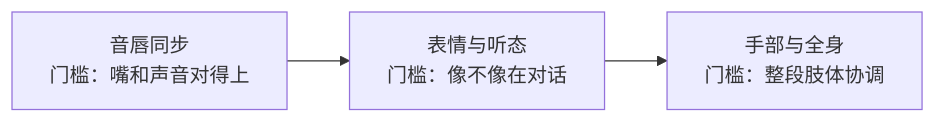
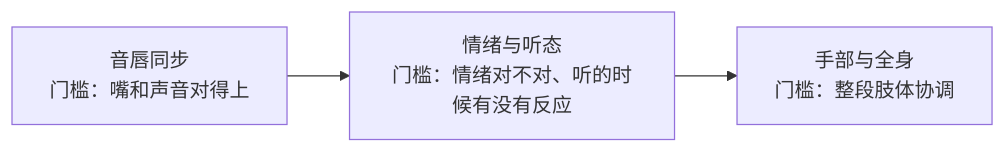
One commit to gongshangzheng/digital-human changed the first of 3 diagrams in management/docs/实习复盘/数字人动作.md. Above: the diagram before and after it, drawn with Mermaid. The commit also changed other lines of this file and 2 other files, not shown here.

Commit message:
docs(motion): 《表情与听态》重写为《情绪与听态》——以情绪为轴（音频不决定情绪、三类信号来源、情绪指标与数据集、听态口径缺口）

````diff
--- a/management/docs/实习复盘/数字人动作.md
+++ b/management/docs/实习复盘/数字人动作.md
@@ -18,4 +18,4 @@
 ```mermaid
 flowchart LR
-    L1["音唇同步<br/>门槛：嘴和声音对得上"] --> L2["表情与听态<br/>门槛：像不像在对话"] --> L3["手部与全身<br/>门槛：整段肢体协调"]
+    L1["音唇同步<br/>门槛：嘴和声音对得上"] --> L2["情绪与听态<br/>门槛：情绪对不对、听的时候有没有反应"] --> L3["手部与全身<br/>门槛：整段肢体协调"]
 ```
````
